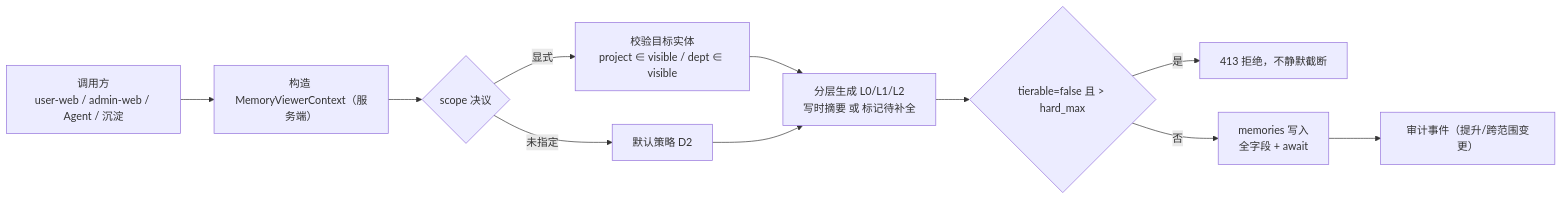
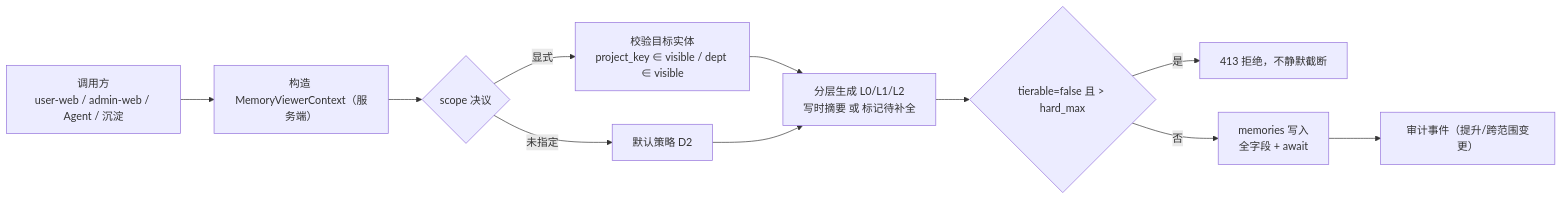
The first of 5 diagrams in specs/017-three-scope-memory/design-2026-11-05-project-department-scopes.md (cooper2006/mogo), drawn with Mermaid before and after one commit. The commit also changed other lines of this file and 2 other files, not shown here.

````diff
--- a/specs/017-three-scope-memory/design-2026-11-05-project-department-scopes.md
+++ b/specs/017-three-scope-memory/design-2026-11-05-project-department-scopes.md
@@ -324,13 +422,13 @@
 ```mermaid
 flowchart LR
   A["调用方<br/>user-web / admin-web / Agent / 沉淀"] --> B["构造 MemoryViewerContext（服务端）"]
   B --> C{"scope 决议"}
-  C -->|显式| D["校验目标实体<br/>project ∈ visible / dept ∈ visible"]
+  C -->|显式| D["校验目标实体<br/>project_key ∈ visible / dept ∈ visible"]
   C -->|未指定| E["默认策略 D2"]
   D --> F["分层生成 L0/L1/L2<br/>写时摘要 或 标记待补全"]
   E --> F
   F --> G{"tierable=false 且 > hard_max"}
   G -->|是| H["413 拒绝，不静默截断"]
   G -->|否| I["memories 写入<br/>全字段 + await"]
   I --> J["审计事件（提升/跨范围变更）"]
 ```
````
